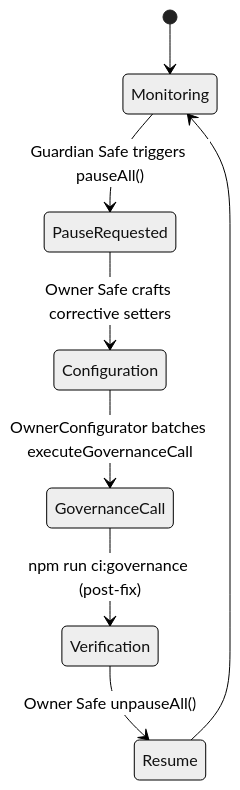
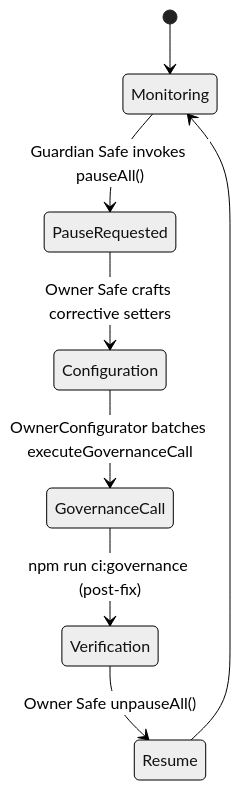
The fourth of 4 diagrams in deploy/README.md (MontrealAI/agijobs-sovereign-labor-v0p1), drawn with Mermaid (neutral theme) before and after one commit. The commit also changed other lines of this file, not shown here.

````diff
--- a/deploy/README.md
+++ b/deploy/README.md
@@ -221,10 +289,10 @@
 ```mermaid
 stateDiagram-v2
     [*] --> Monitoring
-    Monitoring --> PauseRequested: Guardian Safe triggers pauseAll()
+    Monitoring --> PauseRequested: Guardian Safe invokes pauseAll()
     PauseRequested --> Configuration: Owner Safe crafts corrective setters
     Configuration --> GovernanceCall: OwnerConfigurator batches executeGovernanceCall
     GovernanceCall --> Verification: npm run ci:governance (post-fix)
     Verification --> Resume: Owner Safe unpauseAll()
     Resume --> Monitoring
 ```
````
